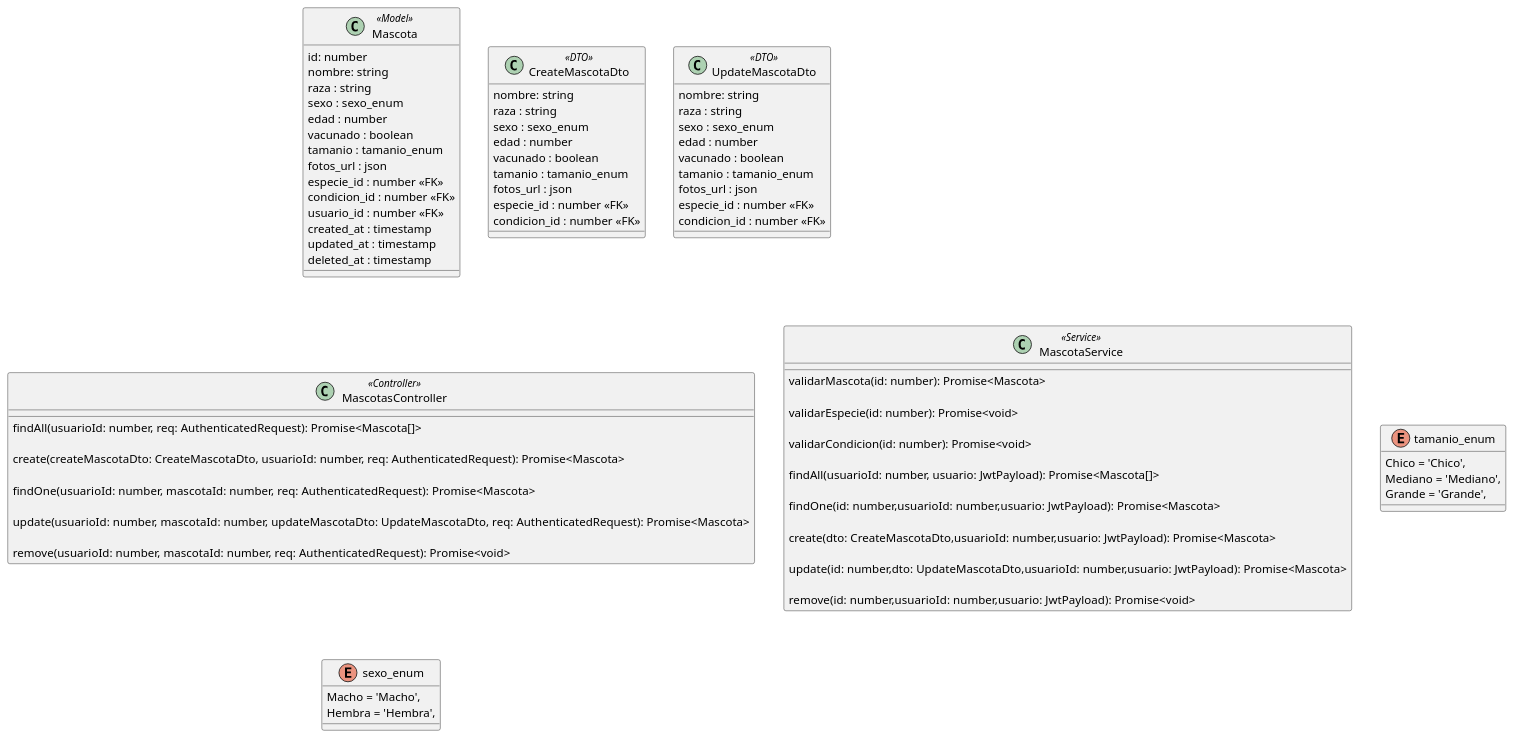
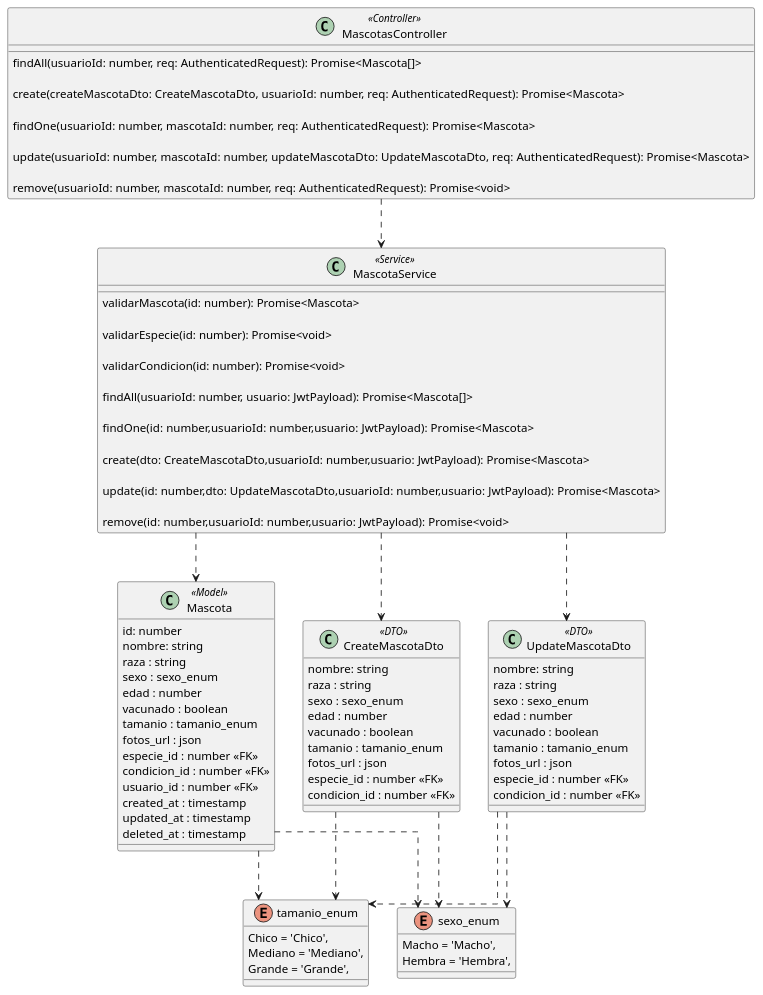
One commit to fedef1982/2025-TUP-Prog3-TP-Grupo2 changed the diagram in documentacion/diagramas/Diagramas de clases/diagrama_clase_mascota.puml. Above: the diagram before and after it, drawn with PlantUML. The commit also changed 7 other files, not shown here.

Commit message:
cambios en diagramas

```diff
--- a/documentacion/diagramas/Diagramas de clases/diagrama_clase_mascota.puml
+++ b/documentacion/diagramas/Diagramas de clases/diagrama_clase_mascota.puml
@@ -1,90 +1,105 @@
 @startuml AdoptAR
 
 skinparam Linetype ortho
 
 class Mascota <<Model>> {
   id: number 
   nombre: string
   raza : string
   sexo : sexo_enum
   edad : number
   vacunado : boolean
   tamanio : tamanio_enum
   fotos_url : json
   especie_id : number <<FK>>
   condicion_id : number <<FK>>
   usuario_id : number <<FK>>
   created_at : timestamp
   updated_at : timestamp
   deleted_at : timestamp
 }
 
 class CreateMascotaDto <<DTO>> {
   nombre: string
   raza : string
   sexo : sexo_enum
   edad : number
   vacunado : boolean
   tamanio : tamanio_enum
   fotos_url : json
   especie_id : number <<FK>>
   condicion_id : number <<FK>>
   }
 
 class UpdateMascotaDto <<DTO>>{
   nombre: string
   raza : string
   sexo : sexo_enum
   edad : number
   vacunado : boolean
   tamanio : tamanio_enum
   fotos_url : json
   especie_id : number <<FK>>
   condicion_id : number <<FK>>
   }
 
 class MascotasController <<Controller>> {
 
   '
   findAll(usuarioId: number, req: AuthenticatedRequest): Promise<Mascota[]>
 
   create(createMascotaDto: CreateMascotaDto, usuarioId: number, req: AuthenticatedRequest): Promise<Mascota>
 
   findOne(usuarioId: number, mascotaId: number, req: AuthenticatedRequest): Promise<Mascota>
 
   update(usuarioId: number, mascotaId: number, updateMascotaDto: UpdateMascotaDto, req: AuthenticatedRequest): Promise<Mascota>
 
   remove(usuarioId: number, mascotaId: number, req: AuthenticatedRequest): Promise<void>
   }
 
 class MascotaService <<Service>> {
 
 validarMascota(id: number): Promise<Mascota>
 
 validarEspecie(id: number): Promise<void>
 
 validarCondicion(id: number): Promise<void> 
 
 findAll(usuarioId: number, usuario: JwtPayload): Promise<Mascota[]>
 
 findOne(id: number,usuarioId: number,usuario: JwtPayload): Promise<Mascota> 
 
 create(dto: CreateMascotaDto,usuarioId: number,usuario: JwtPayload): Promise<Mascota> 
 
 update(id: number,dto: UpdateMascotaDto,usuarioId: number,usuario: JwtPayload): Promise<Mascota> 
 
 remove(id: number,usuarioId: number,usuario: JwtPayload): Promise<void> 
 
 }
 
 enum tamanio_enum{
   Chico = 'Chico',
   Mediano = 'Mediano',
   Grande = 'Grande',
 }
 enum sexo_enum{
   Macho = 'Macho',
   Hembra = 'Hembra',
 }
 
+/' Relaciones '/
+MascotasController ..> MascotaService 
+MascotaService ..> CreateMascotaDto 
+MascotaService ..> UpdateMascotaDto 
+MascotaService ..> Mascota 
+
+Mascota  ..> tamanio_enum
+Mascota  ..> sexo_enum
+
+UpdateMascotaDto ..> tamanio_enum
+UpdateMascotaDto ..> sexo_enum
+
+CreateMascotaDto ..> tamanio_enum
+CreateMascotaDto ..> sexo_enum
+
 @enduml
```
